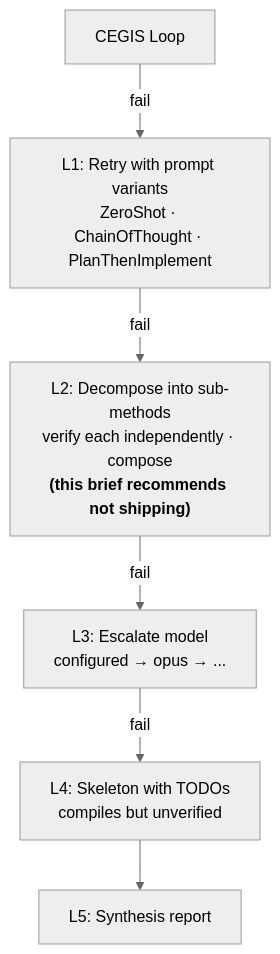
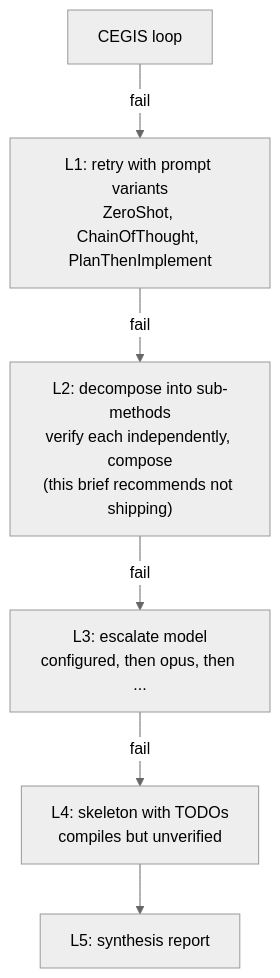
One commit to HardMax71/spec_to_rest changed the diagram in docs/content/docs/research/compositional_synthesis_findings.md. Above: the diagram before and after it, drawn with Mermaid (neutral theme). The commit also changed other lines of this file, not shown here.

First line of the commit message:
docs(research): refresh the compositional-synthesis decision record

````diff
--- a/docs/content/docs/research/compositional_synthesis_findings.md
+++ b/docs/content/docs/research/compositional_synthesis_findings.md
@@ -21,8 +21,8 @@
 ```mermaid
 flowchart TD
-  CEGIS["CEGIS Loop"] -->|fail| L1["L1: Retry with prompt variants<br/>ZeroShot · ChainOfThought · PlanThenImplement"]
-  L1 -->|fail| L2["L2: Decompose into sub-methods<br/>verify each independently · compose<br/><b>(this brief recommends not shipping)</b>"]
-  L2 -->|fail| L3["L3: Escalate model<br/>configured → opus → ..."]
-  L3 -->|fail| L4["L4: Skeleton with TODOs<br/>compiles but unverified"]
-  L4 --> L5["L5: Synthesis report"]
+  CEGIS["CEGIS loop"] -->|fail| L1["L1: retry with prompt variants<br/>ZeroShot, ChainOfThought, PlanThenImplement"]
+  L1 -->|fail| L2["L2: decompose into sub-methods<br/>verify each independently, compose<br/>(this brief recommends not shipping)"]
+  L2 -->|fail| L3["L3: escalate model<br/>configured, then opus, then ..."]
+  L3 -->|fail| L4["L4: skeleton with TODOs<br/>compiles but unverified"]
+  L4 --> L5["L5: synthesis report"]
 ```
````
